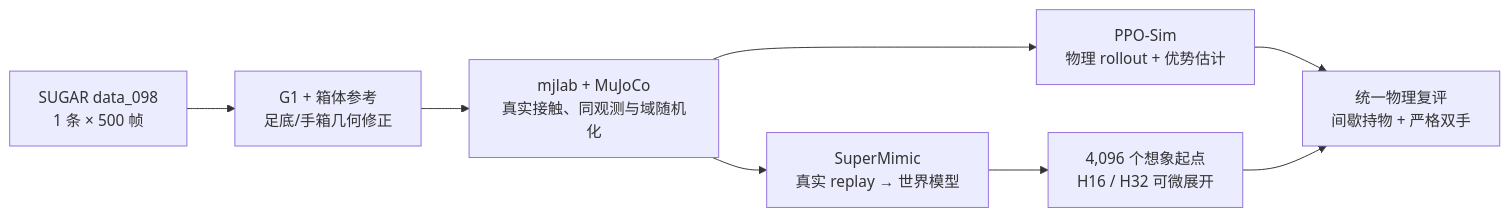
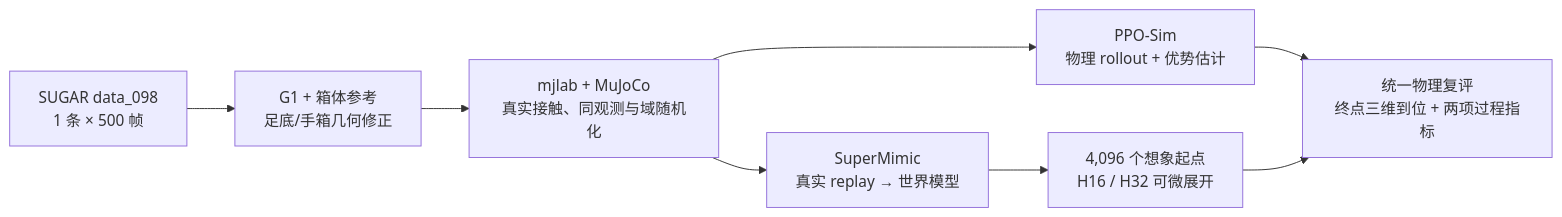
The diagram in README.md (BlossomsGarden/G1-Carry-Place-Supermimic-vs-PPO), drawn with Mermaid before and after one commit. The commit also changed other lines of this file and 27 other files, not shown here.

```diff
--- a/README.md
+++ b/README.md
@@ -36,10 +38,10 @@
 ~~~mermaid
 flowchart LR
     D["SUGAR data_098<br/>1 条 × 500 帧"] --> R["G1 + 箱体参考<br/>足底/手箱几何修正"]
     R --> E["mjlab + MuJoCo<br/>真实接触、同观测与域随机化"]
     E --> P["PPO-Sim<br/>物理 rollout + 优势估计"]
     E --> M["SuperMimic<br/>真实 replay → 世界模型"]
     M --> I["4,096 个想象起点<br/>H16 / H32 可微展开"]
-    P --> V["统一物理复评<br/>间歇持物 + 严格双手"]
+    P --> V["统一物理复评<br/>终点三维到位 + 两项过程指标"]
     I --> V
 ~~~
```
